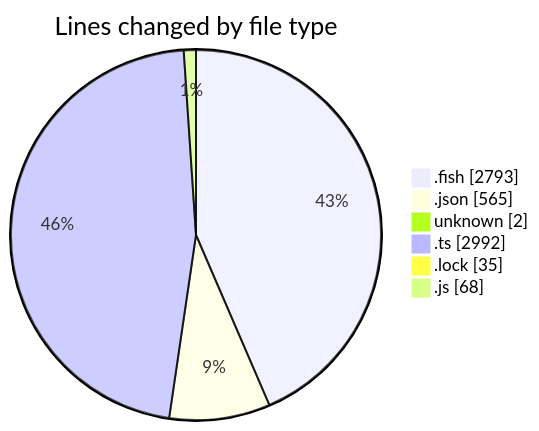
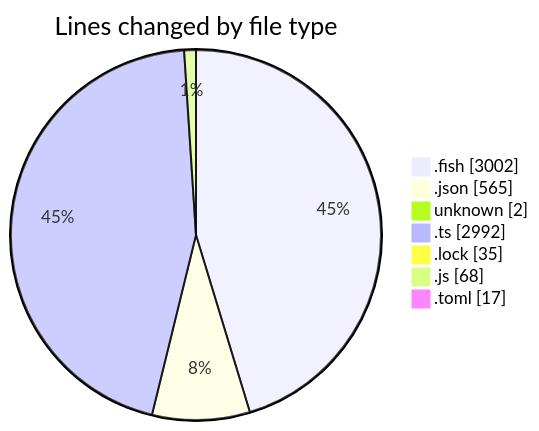
One commit to EIIisD/code-tracking changed the first of 2 diagrams in 2025-07-12/fish/README.md. Above: the diagram before and after it, drawn with Mermaid. The commit also changed other lines of this file and 1 other file, not shown here.

````diff
--- a/2025-07-12/fish/README.md
+++ b/2025-07-12/fish/README.md
@@ -156,10 +158,11 @@
 ```mermaid
 pie showData
 title Lines changed by file type
-".fish" : 2793
+".fish" : 3002
 ".json" : 565
 "unknown" : 2
 ".ts" : 2992
 ".lock" : 35
 ".js" : 68
+".toml" : 17
 ```
````
